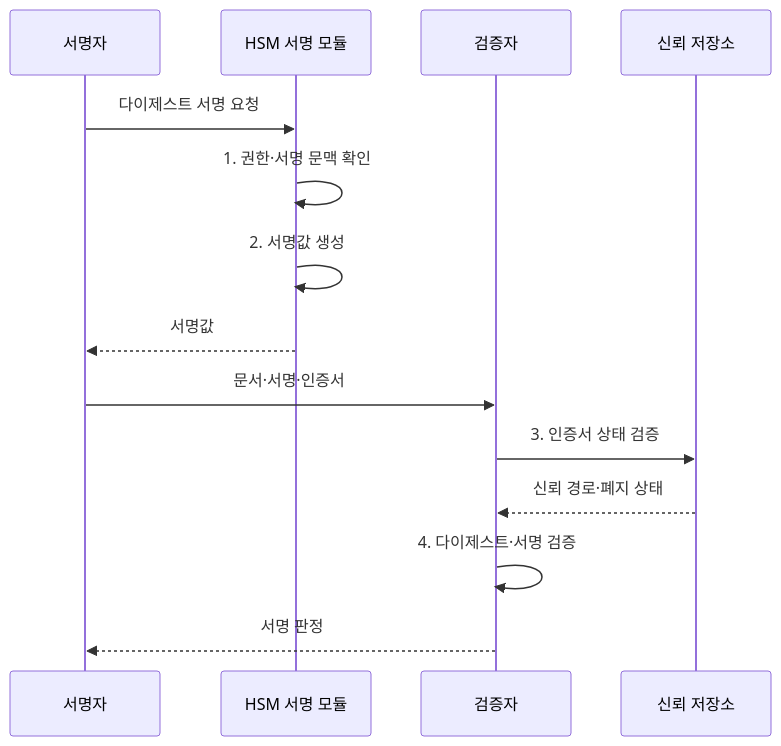
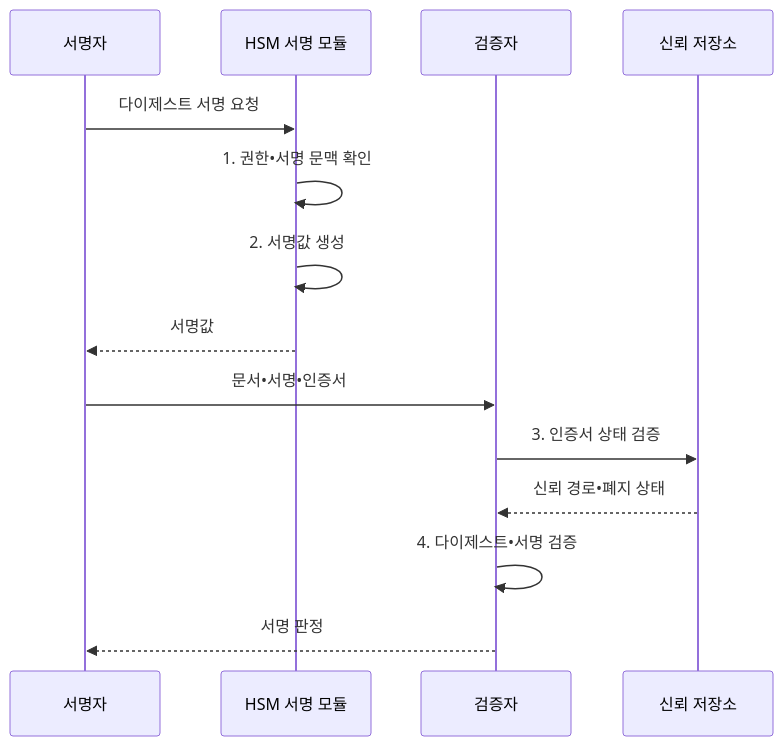
Before and after one commit to agnusdei1207/knowledge-base: the second of 2 diagrams in src/content/docs/notes/05-security/006_digital_signature.md, drawn with Mermaid. The commit also changed other lines of this file and 953 other files, not shown here.

````diff
--- a/src/content/docs/notes/05-security/006_digital_signature.md
+++ b/src/content/docs/notes/05-security/006_digital_signature.md
@@ -102,16 +102,16 @@
 ```mermaid
 sequenceDiagram
     participant S as 서명자
     participant H as HSM 서명 모듈
     participant V as 검증자
     participant T as 신뢰 저장소
     S->>H: 다이제스트 서명 요청
-    H->>H: 1. 권한·서명 문맥 확인
+    H->>H: 1. 권한•서명 문맥 확인
     H->>H: 2. 서명값 생성
     H-->>S: 서명값
-    S->>V: 문서·서명·인증서
+    S->>V: 문서•서명•인증서
     V->>T: 3. 인증서 상태 검증
-    T-->>V: 신뢰 경로·폐지 상태
-    V->>V: 4. 다이제스트·서명 검증
+    T-->>V: 신뢰 경로•폐지 상태
+    V->>V: 4. 다이제스트•서명 검증
     V-->>S: 서명 판정
 ```
````
